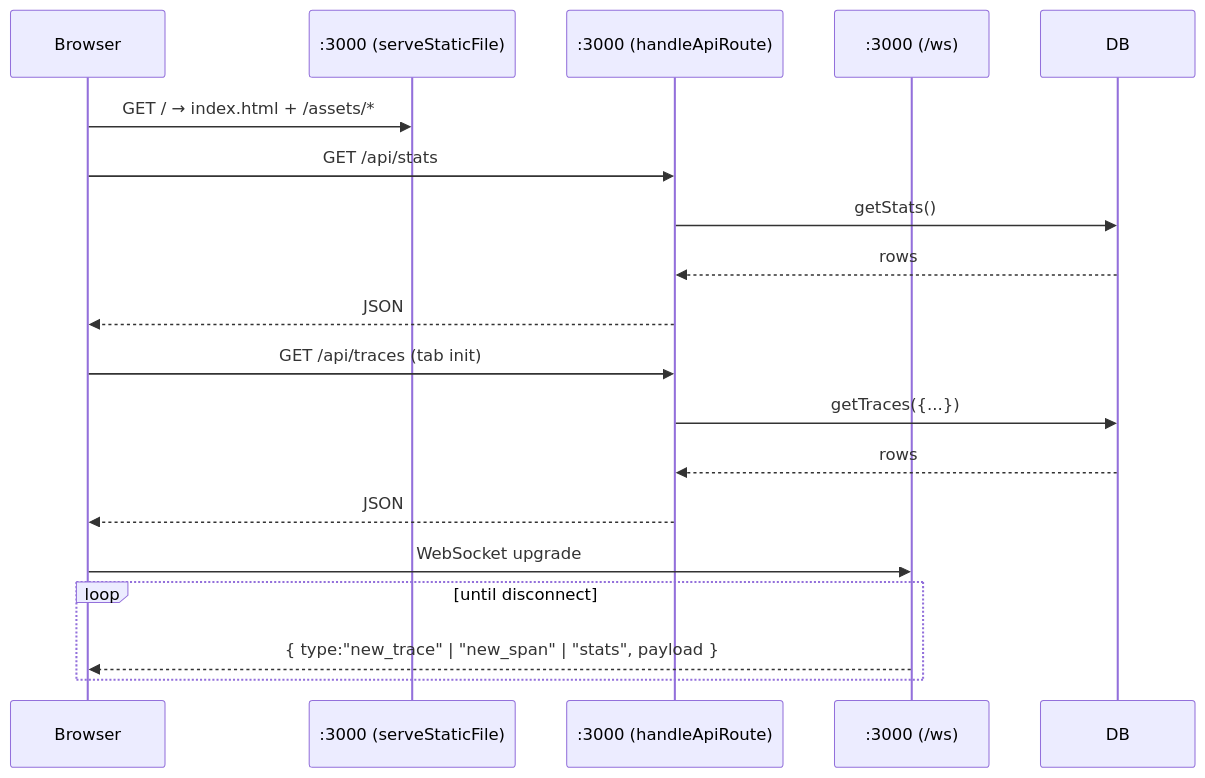
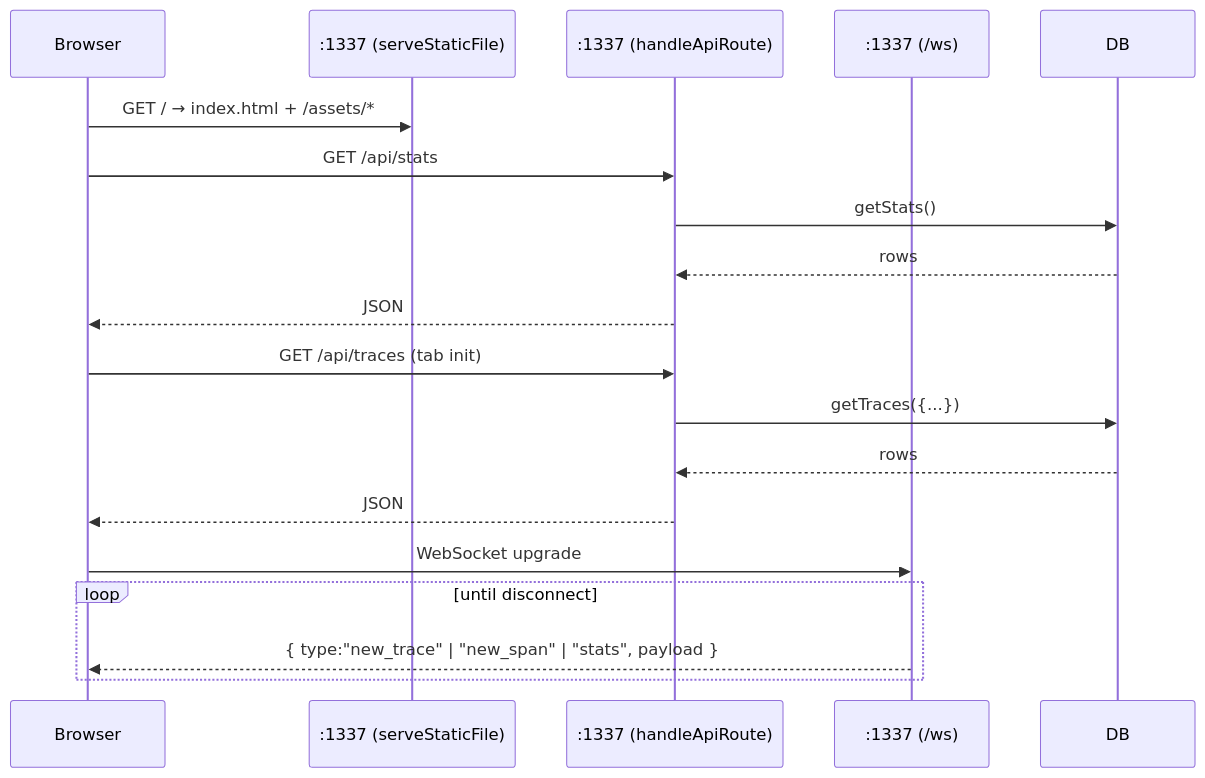
Before and after one commit to HelgeSverre/llmflow: the ninth of 10 diagrams in ARCHITECTURE.md, drawn with Mermaid. The commit also changed other lines of this file and 5 other files, not shown here.

````diff
--- a/ARCHITECTURE.md
+++ b/ARCHITECTURE.md
@@ -504,22 +504,22 @@
 ```mermaid
 sequenceDiagram
     participant Browser
-    participant Static as :3000 (serveStaticFile)
-    participant API as :3000 (handleApiRoute)
-    participant WS as :3000 (/ws)
+    participant Static as :1337 (serveStaticFile)
+    participant API as :1337 (handleApiRoute)
+    participant WS as :1337 (/ws)
     participant DB
 
     Browser->>Static: GET / → index.html + /assets/*
     Browser->>API: GET /api/stats
     API->>DB: getStats()
     DB-->>API: rows
     API-->>Browser: JSON
     Browser->>API: GET /api/traces (tab init)
     API->>DB: getTraces({...})
     DB-->>API: rows
     API-->>Browser: JSON
     Browser->>WS: WebSocket upgrade
     loop until disconnect
         WS-->>Browser: { type:"new_trace" | "new_span" | "stats", payload }
     end
 ```
````
